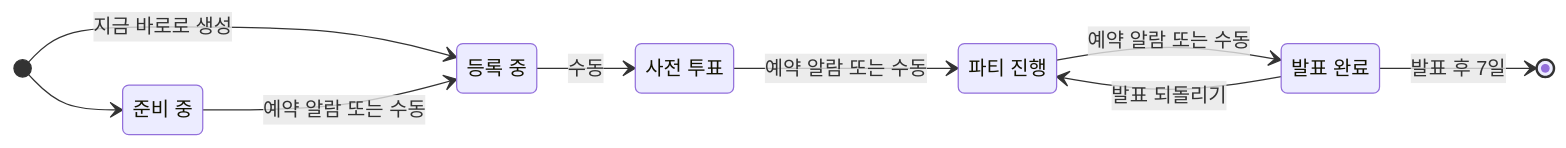
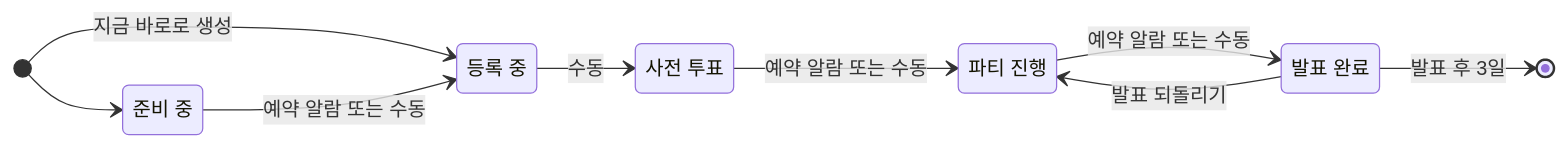
One commit to xcellentbird/tone-pick changed the fourth of 6 diagrams in docs/USER-FLOWS.md. Above: the diagram before and after it, drawn with Mermaid. The commit also changed 15 other files, not shown here.

````diff
--- a/docs/USER-FLOWS.md
+++ b/docs/USER-FLOWS.md
@@ -208,19 +208,19 @@
 ```mermaid
 stateDiagram-v2
     direction LR
 
     prep: 준비 중
     reg: 등록 중
     prevote: 사전 투표
     party: 파티 진행
     done: 발표 완료
 
     [*] --> prep
     [*] --> reg: 지금 바로로 생성
     prep --> reg: 예약 알람 또는 수동
     reg --> prevote: 수동
     prevote --> party: 예약 알람 또는 수동
     party --> done: 예약 알람 또는 수동
     done --> party: 발표 되돌리기
-    done --> [*]: 발표 후 7일
+    done --> [*]: 발표 후 3일
 ```
````
